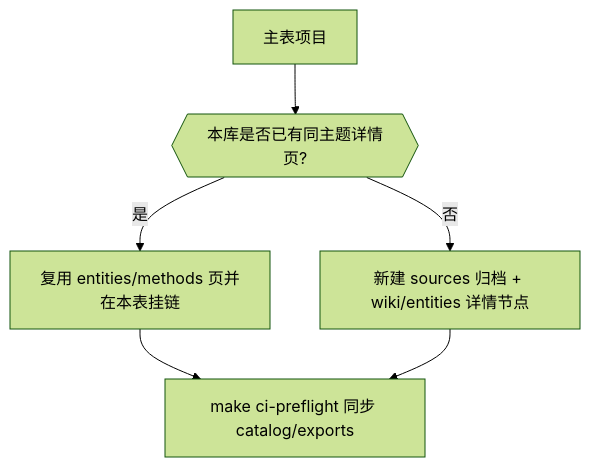
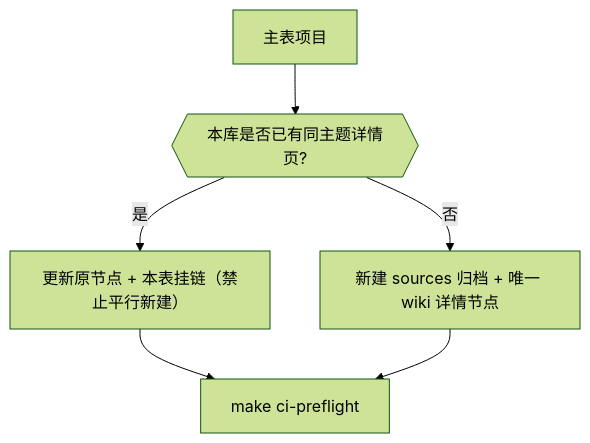
The diagram in wiki/queries/hmi-opensource-projects-coverage.md (ImChong/Robotics_Notebooks), drawn with Mermaid (forest theme) before and after one commit. The commit also changed other lines of this file and 50 other files, not shown here.

````diff
--- a/wiki/queries/hmi-opensource-projects-coverage.md
+++ b/wiki/queries/hmi-opensource-projects-coverage.md
@@ -241,8 +243,8 @@
 ```mermaid
 flowchart TD
   A["主表项目"] --> B{{"本库是否已有同主题详情页?"}}
-  B -->|是| C["复用 entities/methods 页并在本表挂链"]
-  B -->|否| D["新建 sources 归档 + wiki/entities 详情节点"]
-  C --> E["make ci-preflight 同步 catalog/exports"]
+  B -->|是| C["更新原节点 + 本表挂链（禁止平行新建）"]
+  B -->|否| D["新建 sources 归档 + 唯一 wiki 详情节点"]
+  C --> E["make ci-preflight"]
   D --> E
 ```
````
